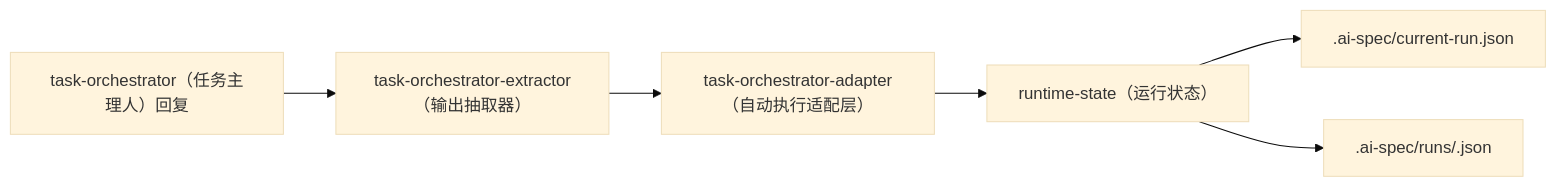
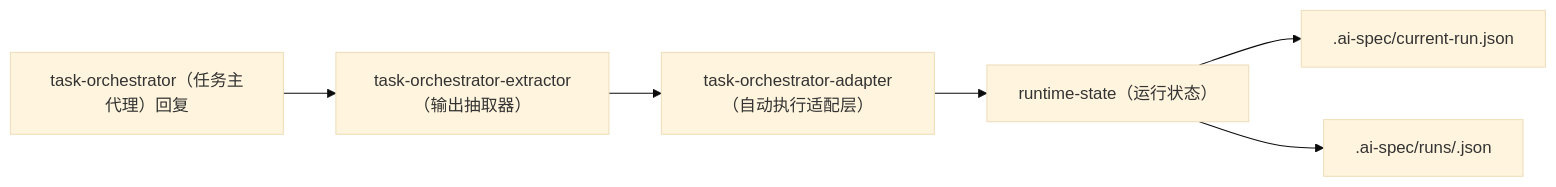
Before and after one commit to Colouful/br-ai-spec: the diagram in docs/paser_two/主理人输出抽取器-03-31-11-05.md, drawn with Mermaid (base theme). The commit also changed other lines of this file and 88 other files, not shown here.

````diff
--- a/docs/paser_two/主理人输出抽取器-03-31-11-05.md
+++ b/docs/paser_two/主理人输出抽取器-03-31-11-05.md
@@ -45,8 +45,8 @@
 ```mermaid
 flowchart LR
-    A["task-orchestrator（任务主理人）回复"] --> B["task-orchestrator-extractor（输出抽取器）"]
+    A["task-orchestrator（任务主代理）回复"] --> B["task-orchestrator-extractor（输出抽取器）"]
     B --> C["task-orchestrator-adapter（自动执行适配层）"]
     C --> D["runtime-state（运行状态）"]
     D --> E[".ai-spec/current-run.json"]
     D --> F[".ai-spec/runs/<run-id>.json"]
 ```
````
